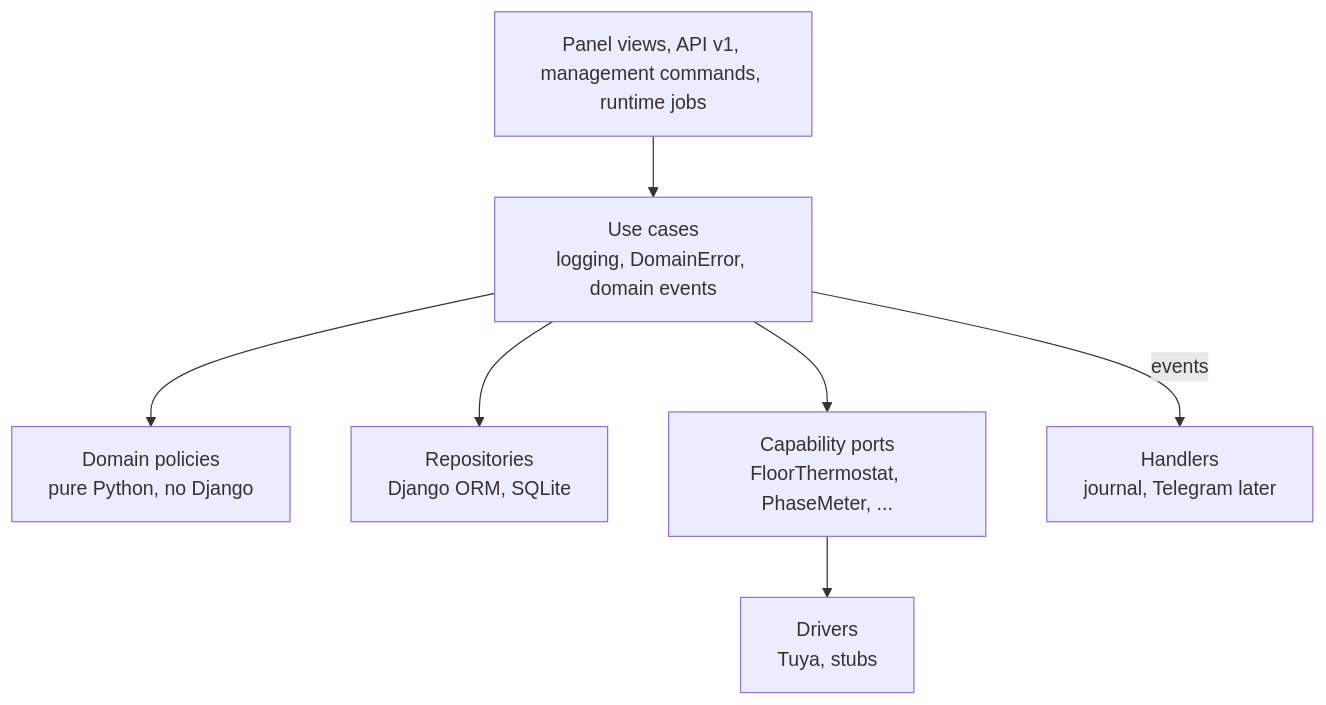
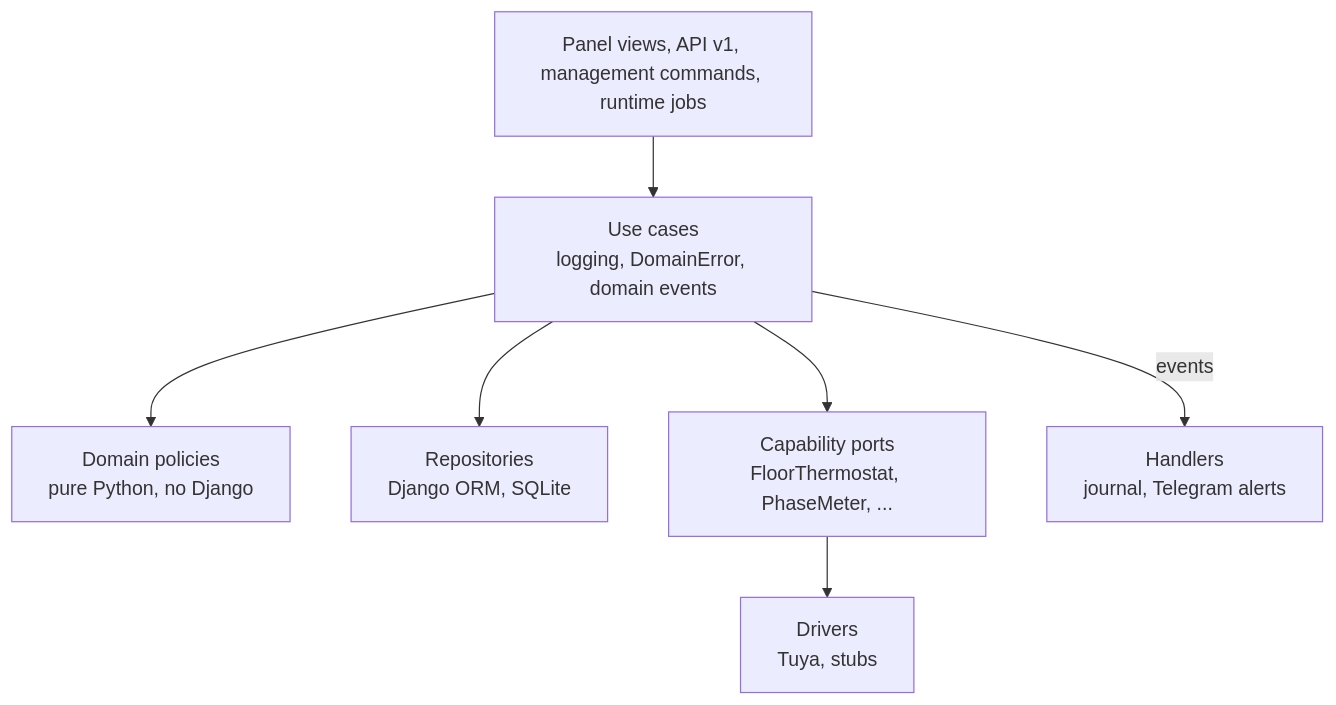
One commit to Barsoomx/teplo changed the fourth of 4 diagrams in README.md. Above: the diagram before and after it, drawn with Mermaid. The commit also changed other lines of this file and 14 other files, not shown here.

````diff
--- a/README.md
+++ b/README.md
@@ -108,9 +110,9 @@
 ```mermaid
 flowchart TB
     entry["Panel views, API v1, management commands, runtime jobs"] --> usecases["Use cases<br/>logging, DomainError, domain events"]
     usecases --> domain["Domain policies<br/>pure Python, no Django"]
     usecases --> repositories["Repositories<br/>Django ORM, SQLite"]
     usecases --> ports["Capability ports<br/>FloorThermostat, PhaseMeter, ..."]
     ports --> drivers["Drivers<br/>Tuya, stubs"]
-    usecases -->|events| handlers["Handlers<br/>journal, Telegram later"]
+    usecases -->|events| handlers["Handlers<br/>journal, Telegram alerts"]
 ```
````
